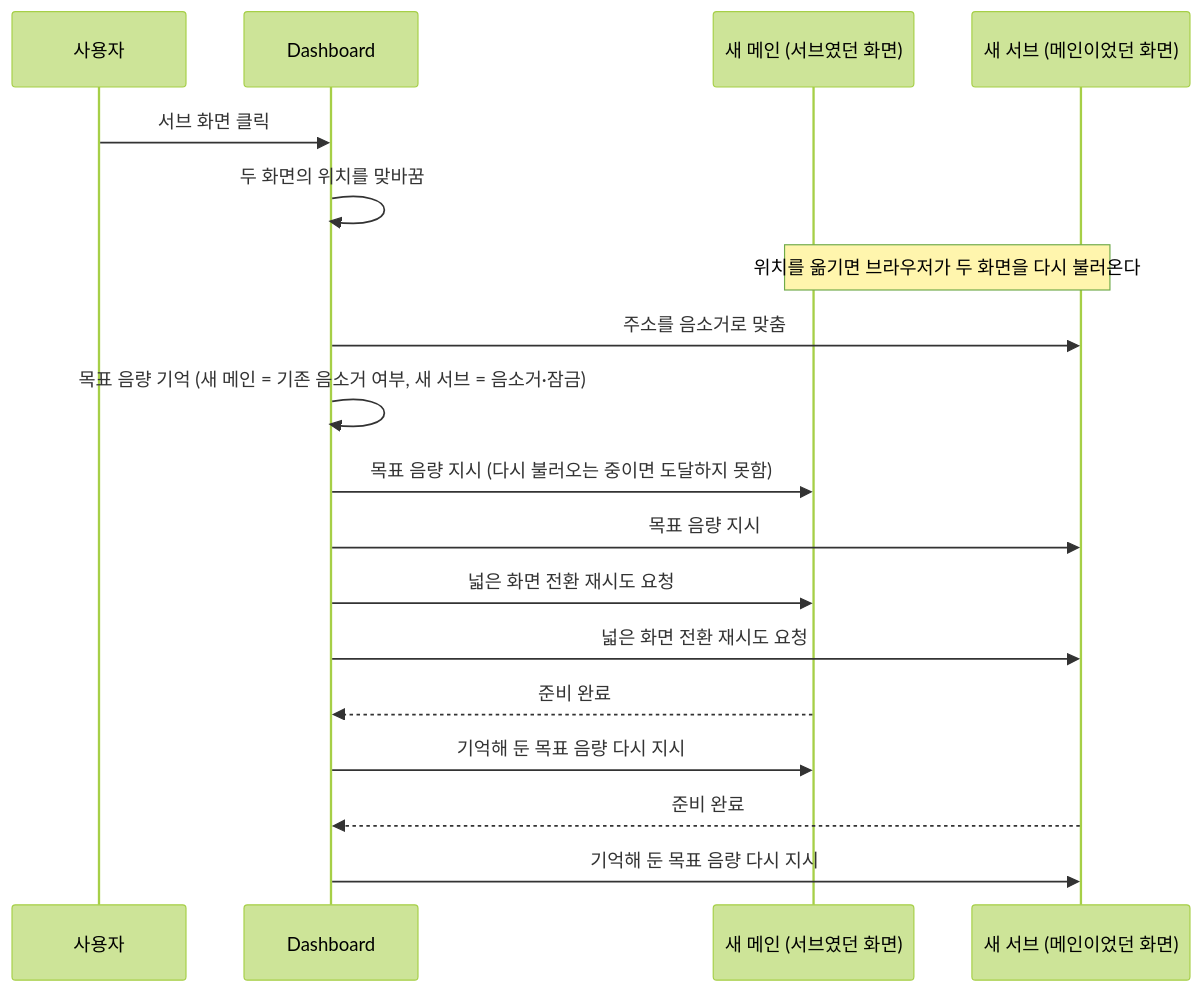
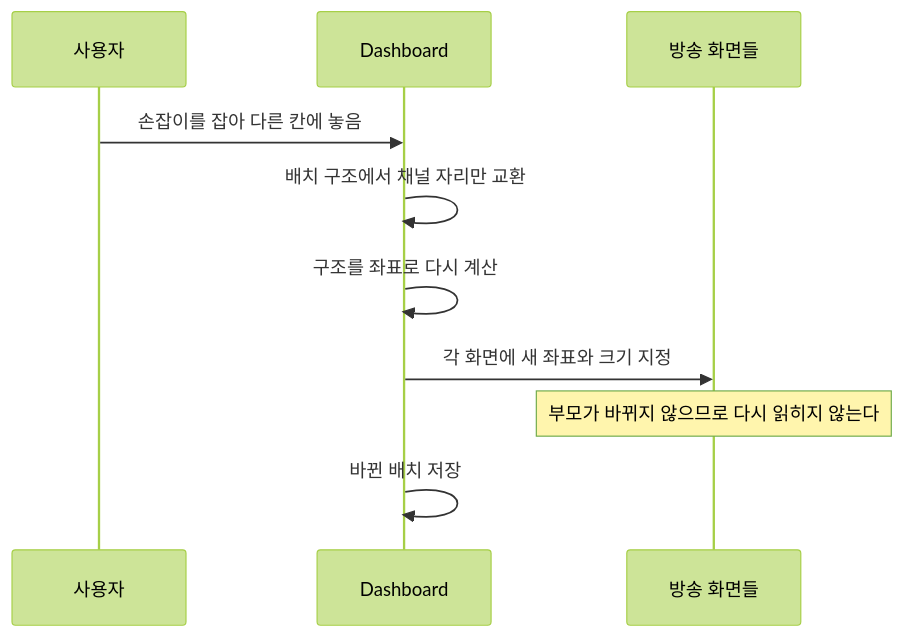
The third of 4 diagrams in document/Dashboard.md (QYnote/ChzzkMultiViewer), drawn with Mermaid (forest theme) before and after one commit. The commit also changed other lines of this file and 2 other files, not shown here.

````diff
--- a/document/Dashboard.md
+++ b/document/Dashboard.md
@@ -69,21 +98,13 @@
 ```mermaid
 sequenceDiagram
   participant U as 사용자
   participant D as Dashboard
-  participant NEW as 새 메인 (서브였던 화면)
-  participant OLD as 새 서브 (메인이었던 화면)
+  participant S as 방송 화면들
 
-  U->>D: 서브 화면 클릭
-  D->>D: 두 화면의 위치를 맞바꿈
-  Note over NEW,OLD: 위치를 옮기면 브라우저가 두 화면을 다시 불러온다
-  D->>OLD: 주소를 음소거로 맞춤
-  D->>D: 목표 음량 기억 (새 메인 = 기존 음소거 여부, 새 서브 = 음소거·잠금)
-  D->>NEW: 목표 음량 지시 (다시 불러오는 중이면 도달하지 못함)
-  D->>OLD: 목표 음량 지시
-  D->>NEW: 넓은 화면 전환 재시도 요청
-  D->>OLD: 넓은 화면 전환 재시도 요청
-  NEW-->>D: 준비 완료
-  D->>NEW: 기억해 둔 목표 음량 다시 지시
-  OLD-->>D: 준비 완료
-  D->>OLD: 기억해 둔 목표 음량 다시 지시
+  U->>D: 손잡이를 잡아 다른 칸에 놓음
+  D->>D: 배치 구조에서 채널 자리만 교환
+  D->>D: 구조를 좌표로 다시 계산
+  D->>S: 각 화면에 새 좌표와 크기 지정
+  Note over S: 부모가 바뀌지 않으므로 다시 읽히지 않는다
+  D->>D: 바뀐 배치 저장
 ```
````
